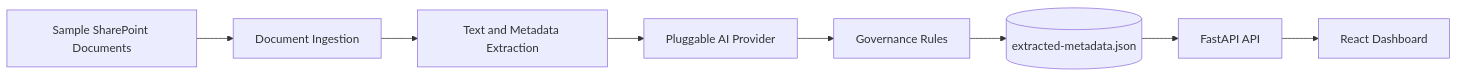
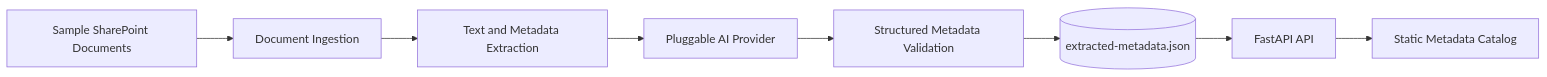
The diagram in docs/architecture.md (mkabukcu7/sharepoint-foundry), drawn with Mermaid before and after one commit. The commit also changed other lines of this file and 58 other files, not shown here.

````diff
--- a/docs/architecture.md
+++ b/docs/architecture.md
@@ -9,10 +9,10 @@
 ```mermaid
 flowchart LR
     A[Sample SharePoint Documents] --> B[Document Ingestion]
     B --> C[Text and Metadata Extraction]
     C --> D[Pluggable AI Provider]
-    D --> E[Governance Rules]
+    D --> E[Structured Metadata Validation]
     E --> F[(extracted-metadata.json)]
     F --> G[FastAPI API]
-    G --> H[React Dashboard]
+    G --> H[Static Metadata Catalog]
 ```
````
